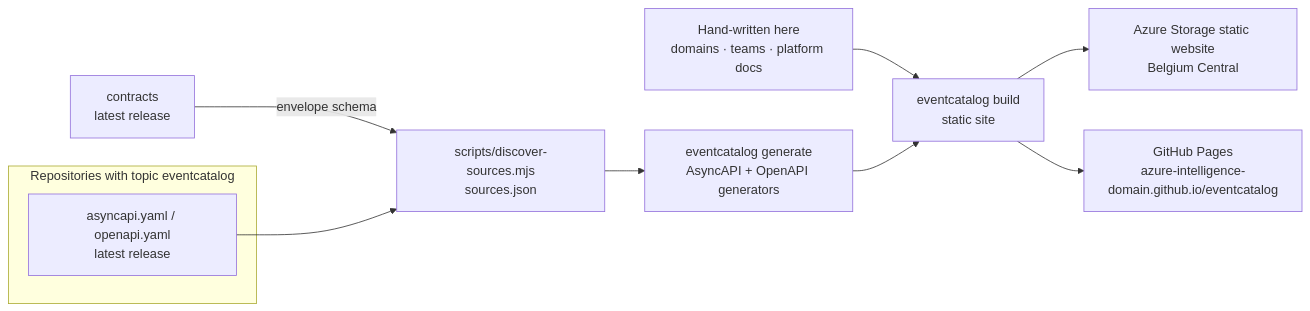
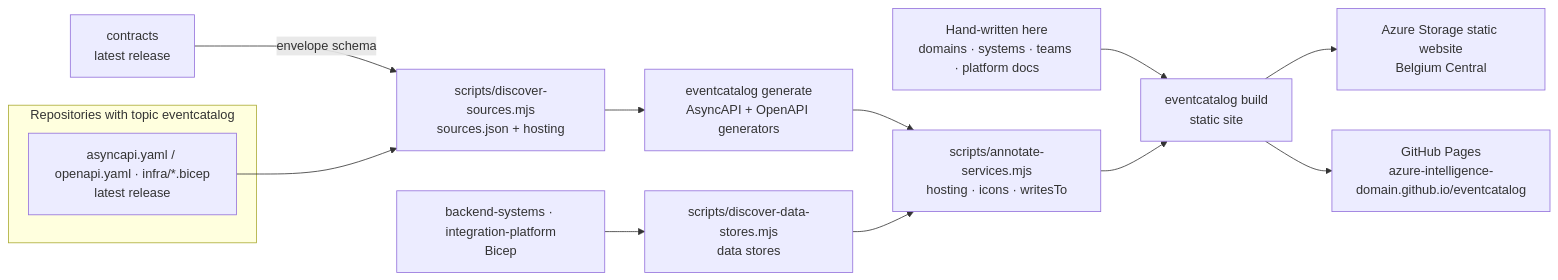
The diagram in README.md (azure-intelligence-domain/eventcatalog), drawn with Mermaid before and after one commit. The commit also changed other lines of this file and 22 other files, not shown here.

First line of the commit message:
Systems, data stores and the architecture graph

````diff
--- a/README.md
+++ b/README.md
@@ -12,13 +12,16 @@
 ```mermaid
 flowchart LR
     subgraph repos["Repositories with topic eventcatalog"]
-        a["asyncapi.yaml / openapi.yaml<br/>latest release"]
+        a["asyncapi.yaml / openapi.yaml · infra/*.bicep<br/>latest release"]
     end
     contracts["contracts<br/>latest release"] -- "envelope schema" --> discover
-    a --> discover["scripts/discover-sources.mjs<br/>sources.json"]
+    infra["backend-systems · integration-platform<br/>Bicep"] --> stores["scripts/discover-data-stores.mjs<br/>data stores"]
+    a --> discover["scripts/discover-sources.mjs<br/>sources.json + hosting"]
     discover --> generate["eventcatalog generate<br/>AsyncAPI + OpenAPI generators"]
-    hand["Hand-written here<br/>domains · teams · platform docs"] --> build
-    generate --> build["eventcatalog build<br/>static site"]
+    generate --> annotate["scripts/annotate-services.mjs<br/>hosting · icons · writesTo"]
+    stores --> annotate
+    hand["Hand-written here<br/>domains · systems · teams · platform docs"] --> build
+    annotate --> build["eventcatalog build<br/>static site"]
     build --> storage["Azure Storage static website<br/>Belgium Central"]
     build --> pages["GitHub Pages<br/>azure-intelligence-domain.github.io/eventcatalog"]
 ```
````
